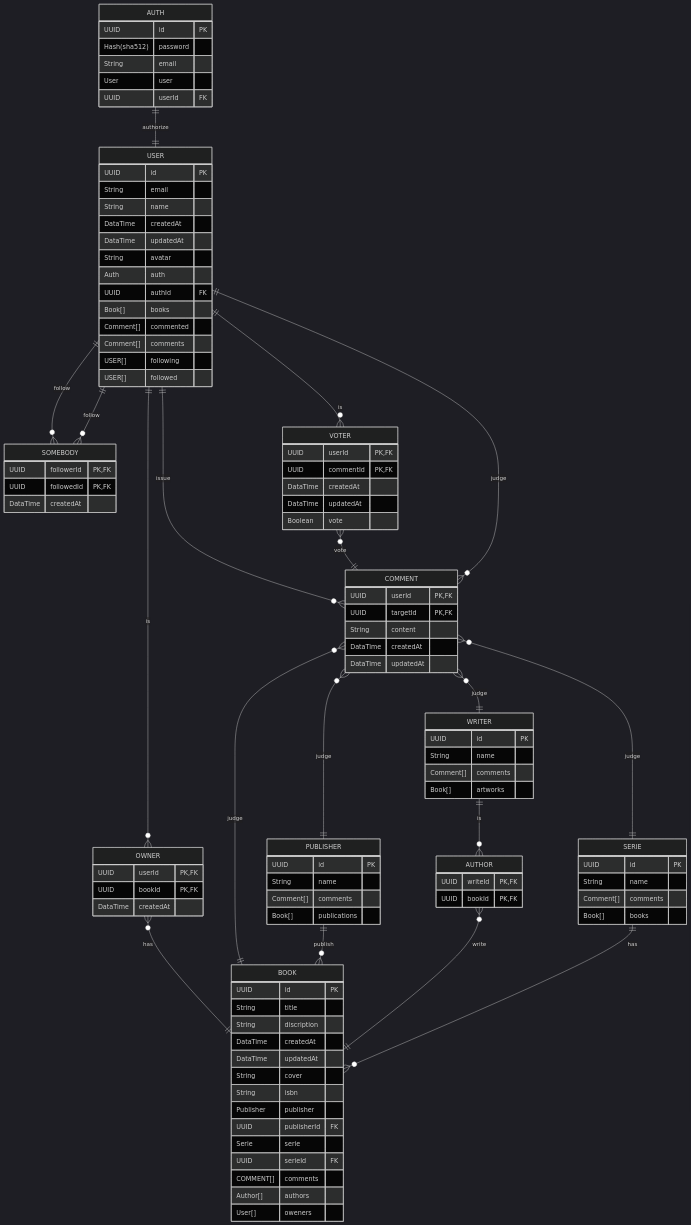
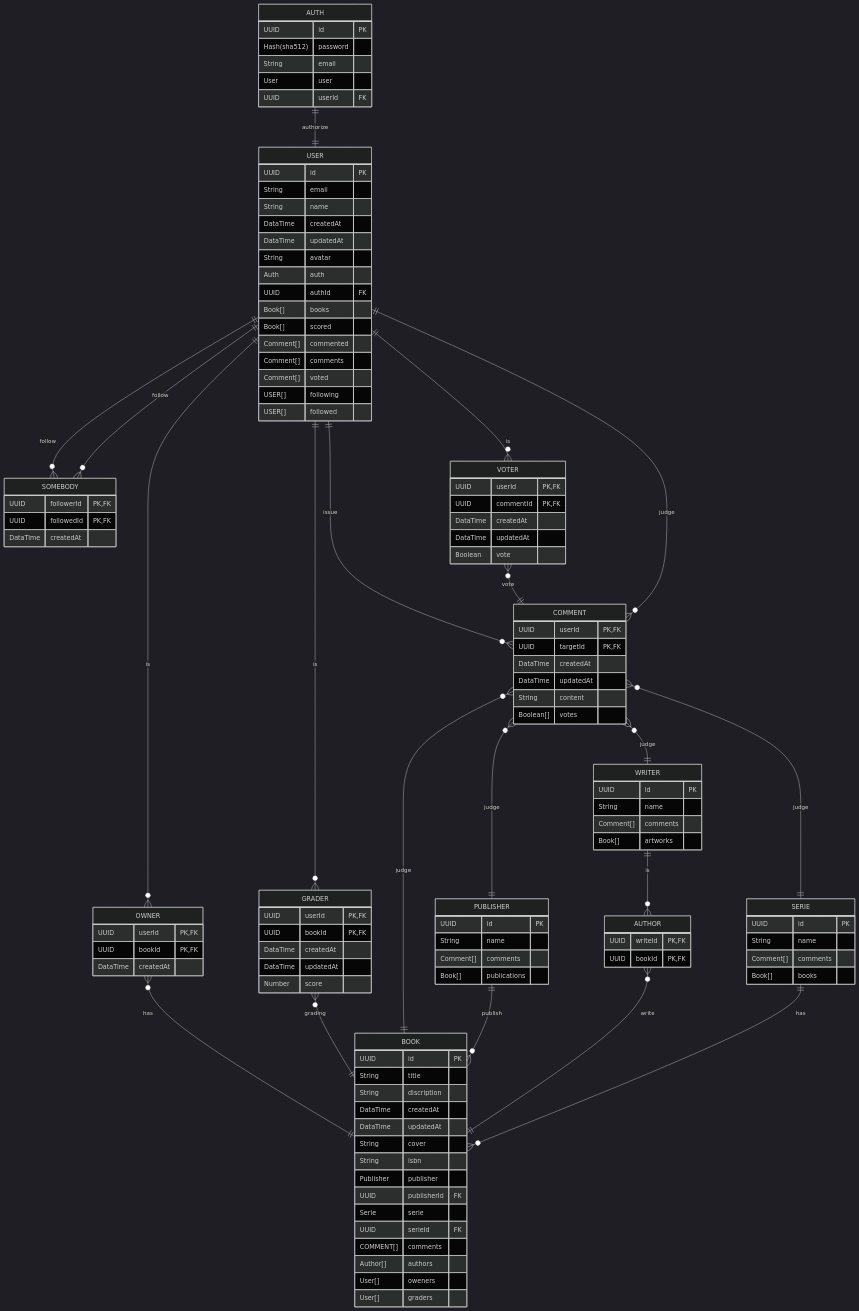
One commit to mogeko/book-exchange changed the diagram in packages/database/README.md. Above: the diagram before and after it, drawn with Mermaid (dark theme).

Commit message:
docs: add grader in ERD

````diff
--- a/packages/database/README.md
+++ b/packages/database/README.md
@@ -20,6 +20,7 @@
   USER ||--o{ SOMEBODY : follow
   USER ||--o{ COMMENT : issue
   USER ||--o{ VOTER : is
+  USER ||--o{ GRADER : is
   USER {
     UUID      id        PK
     String    email
@@ -30,8 +31,10 @@
     Auth      auth
     UUID      authId    FK
     Book[]    books
+    Book[]    scored
     Comment[] commented
     Comment[] comments
+    Comment[] voted
     USER[]    following
     USER[]    followed
   }
@@ -47,6 +50,14 @@
     UUID     followedId PK, FK
     DataTime createdAt
   }
+  GRADER }o--|| BOOK : grading
+  GRADER {
+    UUID     userId   PK, FK
+    UUID     bookId   PK, FK
+    DataTime createdAt
+    DataTime updatedAt
+    Number   score
+  }
   VOTER }o--|| COMMENT : vote
   VOTER {
     UUID      userId    PK, FK
@@ -61,11 +72,12 @@
   COMMENT }o--|| WRITER : judge
   COMMENT }o--|| SERIE : judge
   COMMENT {
-    UUID     userId   PK, FK
-    UUID     targetId PK, FK
-    String   content
-    DataTime createdAt
+    UUID      userId   PK, FK
+    UUID      targetId PK, FK
+    DataTime  createdAt
     DataTime  updatedAt
+    String    content
+    Boolean[] votes
   }
   PUBLISHER ||--o{ BOOK : publish
   PUBLISHER {
@@ -108,5 +120,6 @@
     COMMENT[] comments
     Author[]  authors
     User[]    oweners
+    User[]    graders
   }
 ```
````
